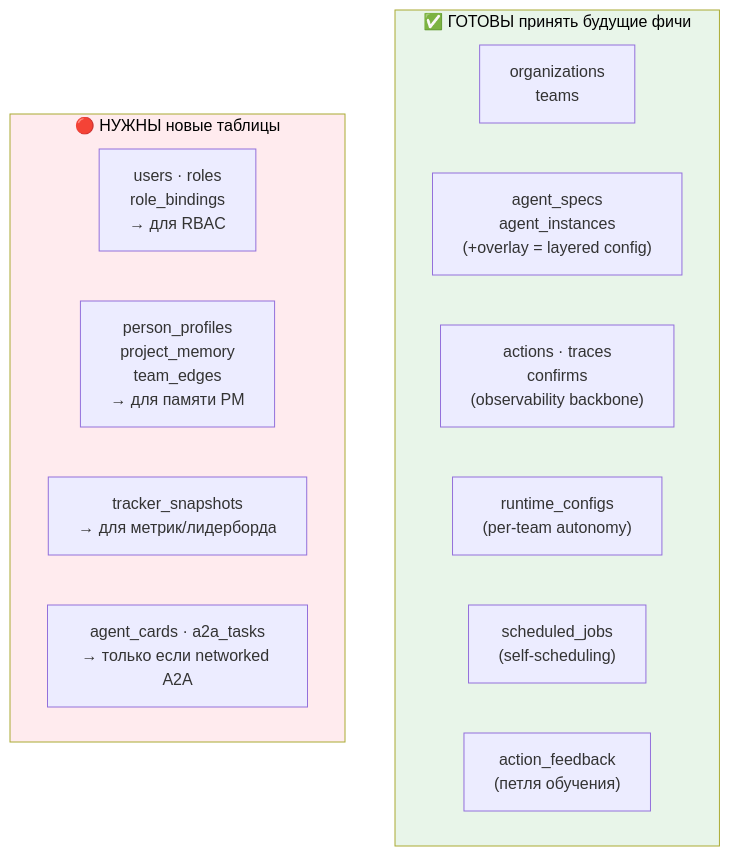
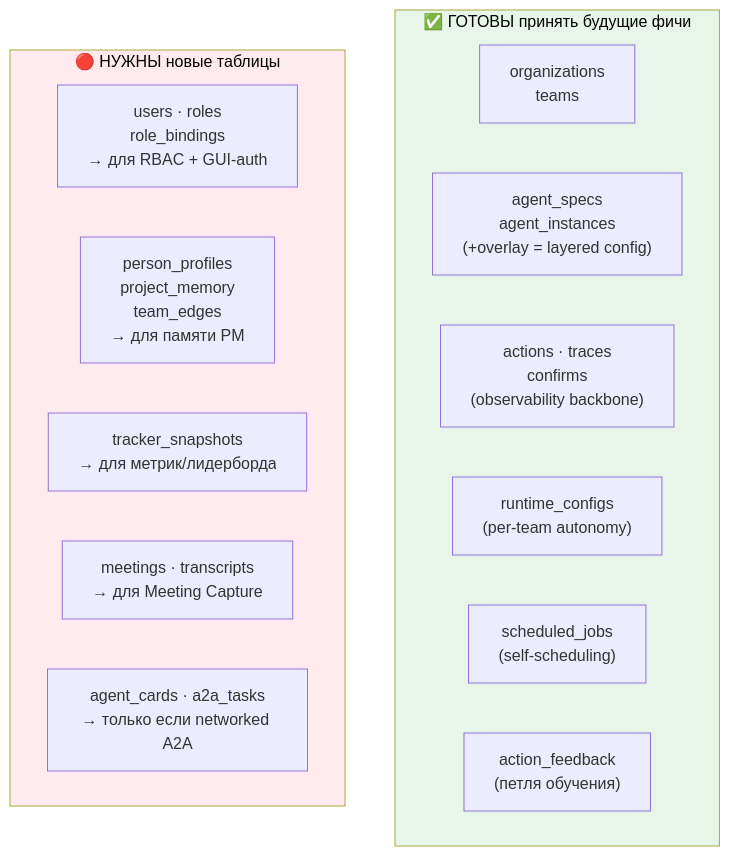
One commit to Kasuich/telegram_scrum_master changed the second of 12 diagrams in docs/TARGET_ARCHITECTURE.md. Above: the diagram before and after it, drawn with Mermaid. The commit also changed other lines of this file, not shown here.

First line of the commit message:
docs: add GUI plane (console-api + web-ui), meeting-capture service, S3

````diff
--- a/docs/TARGET_ARCHITECTURE.md
+++ b/docs/TARGET_ARCHITECTURE.md
@@ -75,23 +76,24 @@
 ```mermaid
 flowchart TB
     subgraph ready["✅ ГОТОВЫ принять будущие фичи"]
         direction LR
         T1["organizations<br/>teams"]
         T2["agent_specs<br/>agent_instances<br/>(+overlay = layered config)"]
         T3["actions · traces<br/>confirms<br/>(observability backbone)"]
         T4["runtime_configs<br/>(per-team autonomy)"]
         T5["scheduled_jobs<br/>(self-scheduling)"]
         T6["action_feedback<br/>(петля обучения)"]
     end
 
     subgraph gaps["🔴 НУЖНЫ новые таблицы"]
         direction LR
-        G1["users · roles<br/>role_bindings<br/>→ для RBAC"]
+        G1["users · roles<br/>role_bindings<br/>→ для RBAC + GUI-auth"]
         G2["person_profiles<br/>project_memory<br/>team_edges<br/>→ для памяти PM"]
         G3["tracker_snapshots<br/>→ для метрик/лидерборда"]
+        G5["meetings · transcripts<br/>→ для Meeting Capture"]
         G4["agent_cards · a2a_tasks<br/>→ только если networked A2A"]
     end
 
     style ready fill:#e8f5e9,color:#000
     style gaps fill:#ffebee,color:#000
 ```
````
